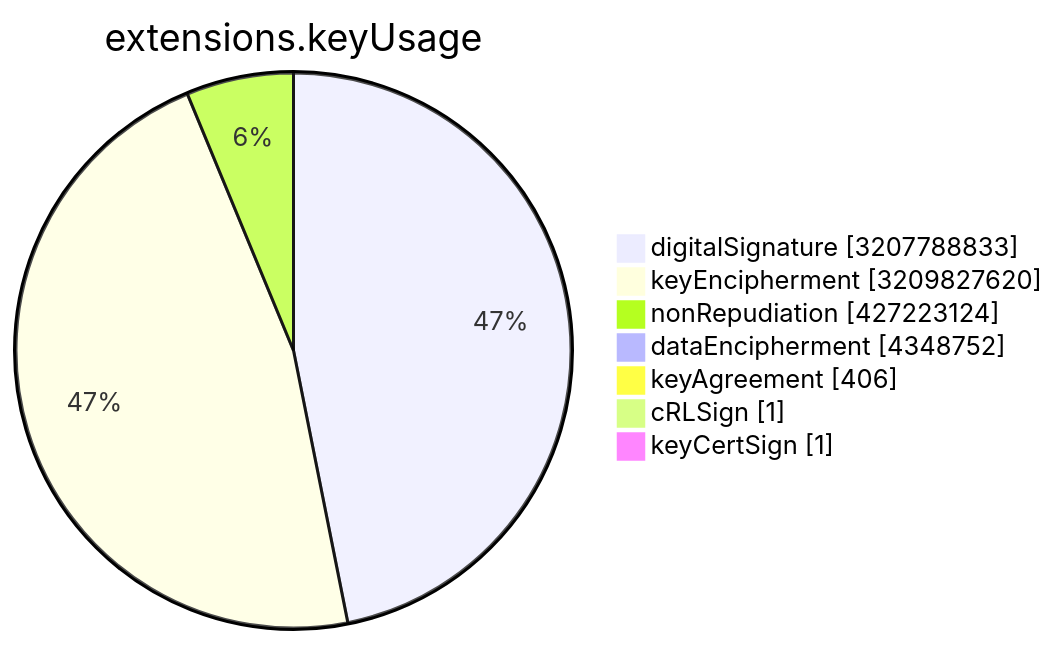
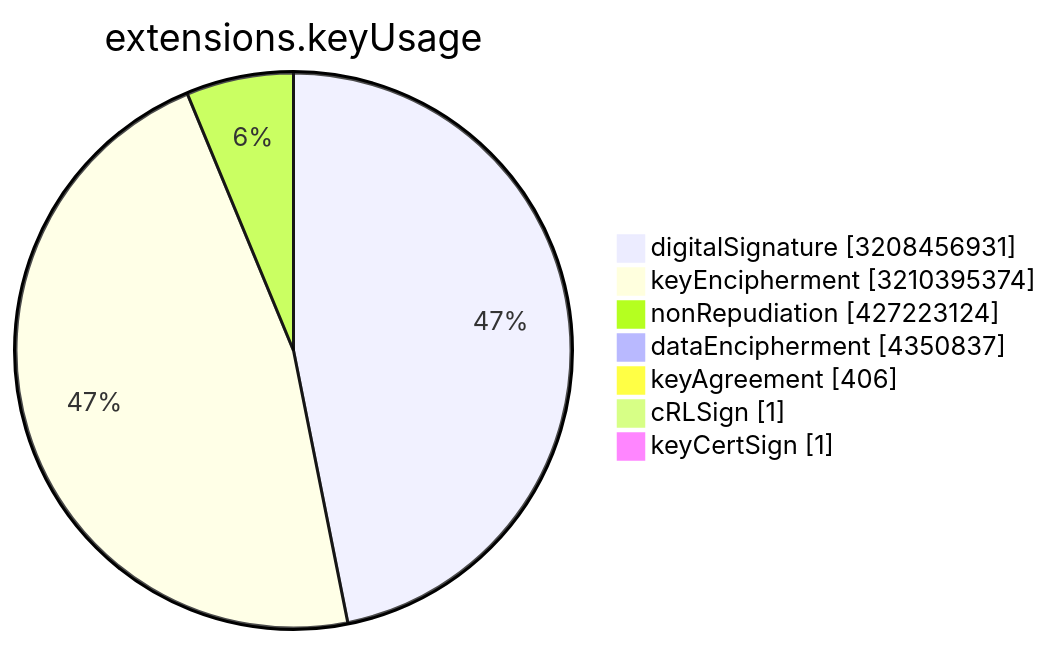
One commit to christiankrug/ctmonitor_visualization changed the sixth of 15 diagrams in TOTAL/README.md. Above: the diagram before and after it, drawn with Mermaid. The commit also changed other lines of this file, not shown here.

````diff
--- a/TOTAL/README.md
+++ b/TOTAL/README.md
@@ -3077,11 +3077,11 @@
 ```mermaid
 pie showData
 title extensions.keyUsage
-"digitalSignature" :3207788833
-"keyEncipherment" :3209827620
+"digitalSignature" :3208456931
+"keyEncipherment" :3210395374
 "nonRepudiation" :427223124
-"dataEncipherment" :4348752
+"dataEncipherment" :4350837
 "keyAgreement" :406
 "cRLSign" :1
 "keyCertSign" :1
 ```
````
